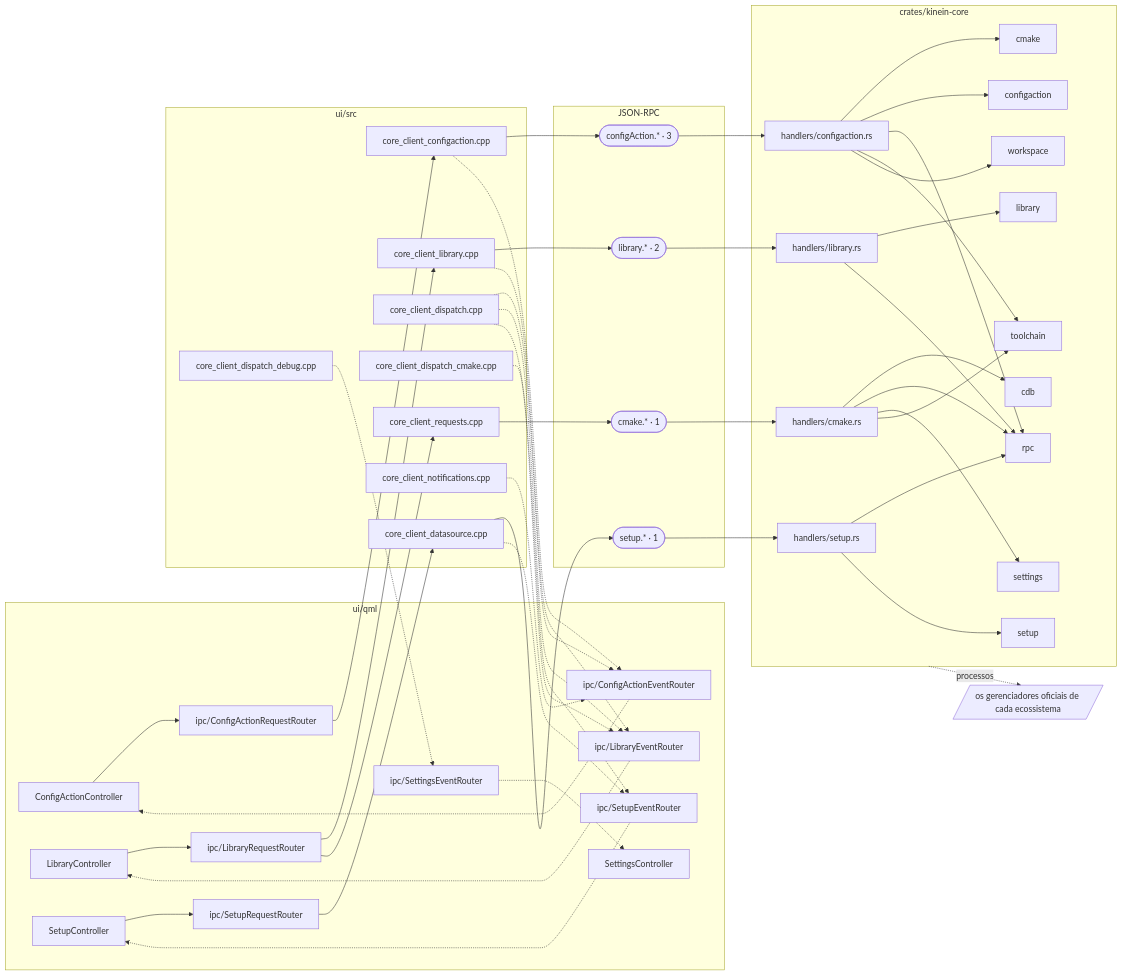
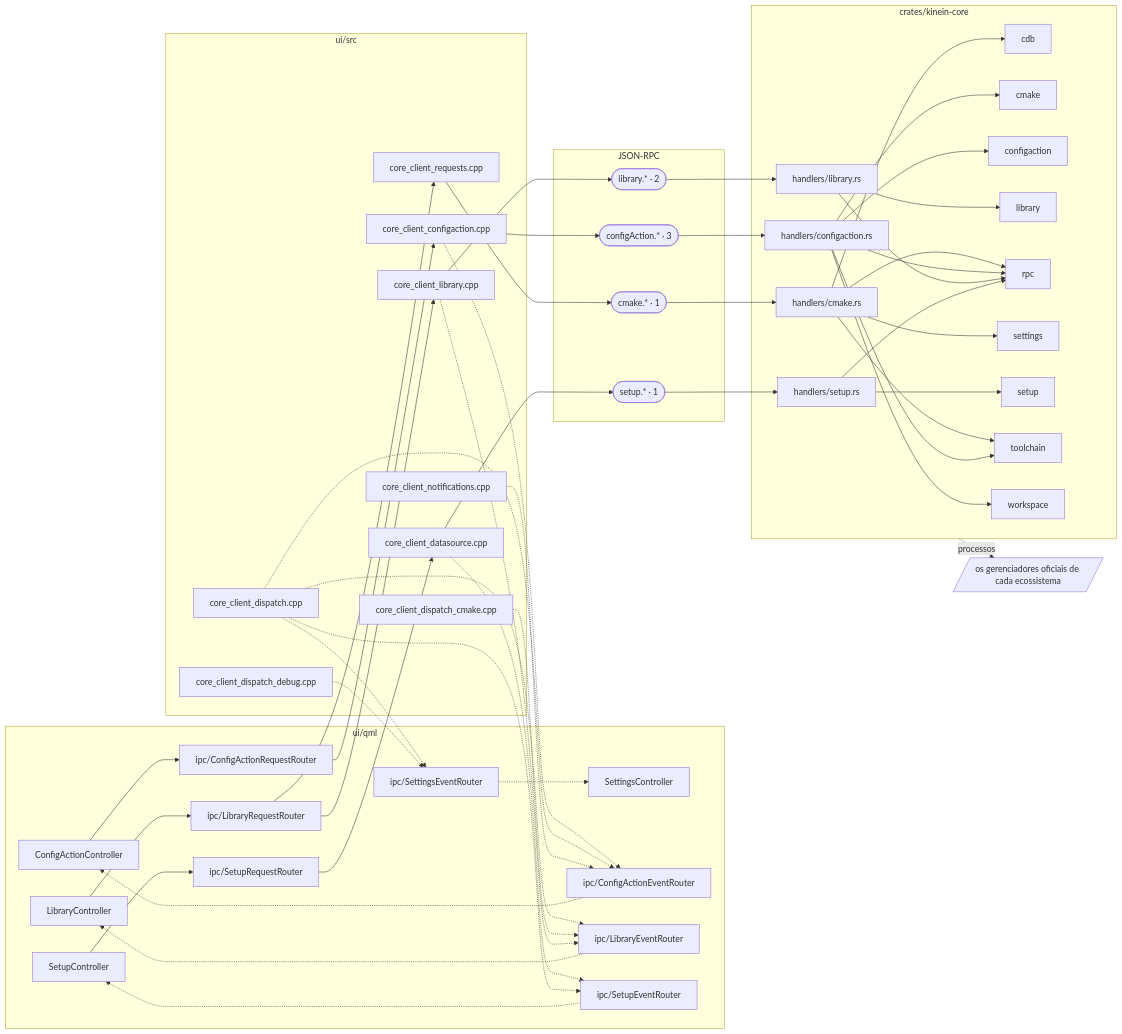
Before and after one commit to ViktorWalde/KineinVectis: diagram 16 of 16 in DocsPublic/arquitetura/01-mapa-de-modulos.md, drawn with Mermaid. The commit also changed other lines of this file and 24 other files, not shown here.

```diff
--- a/DocsPublic/arquitetura/01-mapa-de-modulos.md
+++ b/DocsPublic/arquitetura/01-mapa-de-modulos.md
@@ -1595,6 +1596,7 @@
   n_ui_src_core_client_datasource_cpp -.-> n_ui_qml_ipc_SetupEventRouter_qml
   n_ui_src_core_client_dispatch_cpp -.-> n_ui_qml_ipc_ConfigActionEventRouter_qml
   n_ui_src_core_client_dispatch_cpp -.-> n_ui_qml_ipc_LibraryEventRouter_qml
+  n_ui_src_core_client_dispatch_cpp -.-> n_ui_qml_ipc_SettingsEventRouter_qml
   n_ui_src_core_client_dispatch_cpp -.-> n_ui_qml_ipc_SetupEventRouter_qml
   n_ui_src_core_client_dispatch_cmake_cpp -.-> n_ui_qml_ipc_LibraryEventRouter_qml
   n_ui_src_core_client_dispatch_debug_cpp -.-> n_ui_qml_ipc_SettingsEventRouter_qml
```
